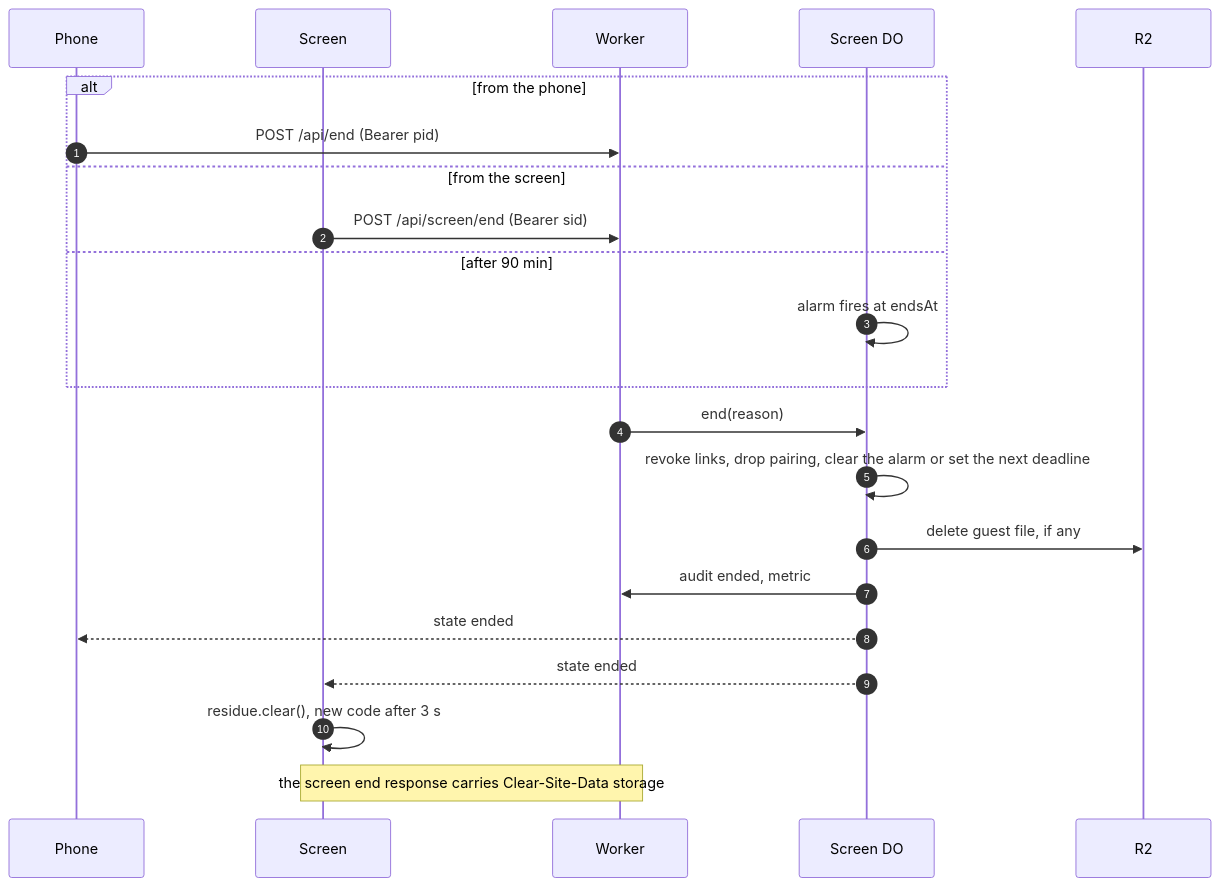
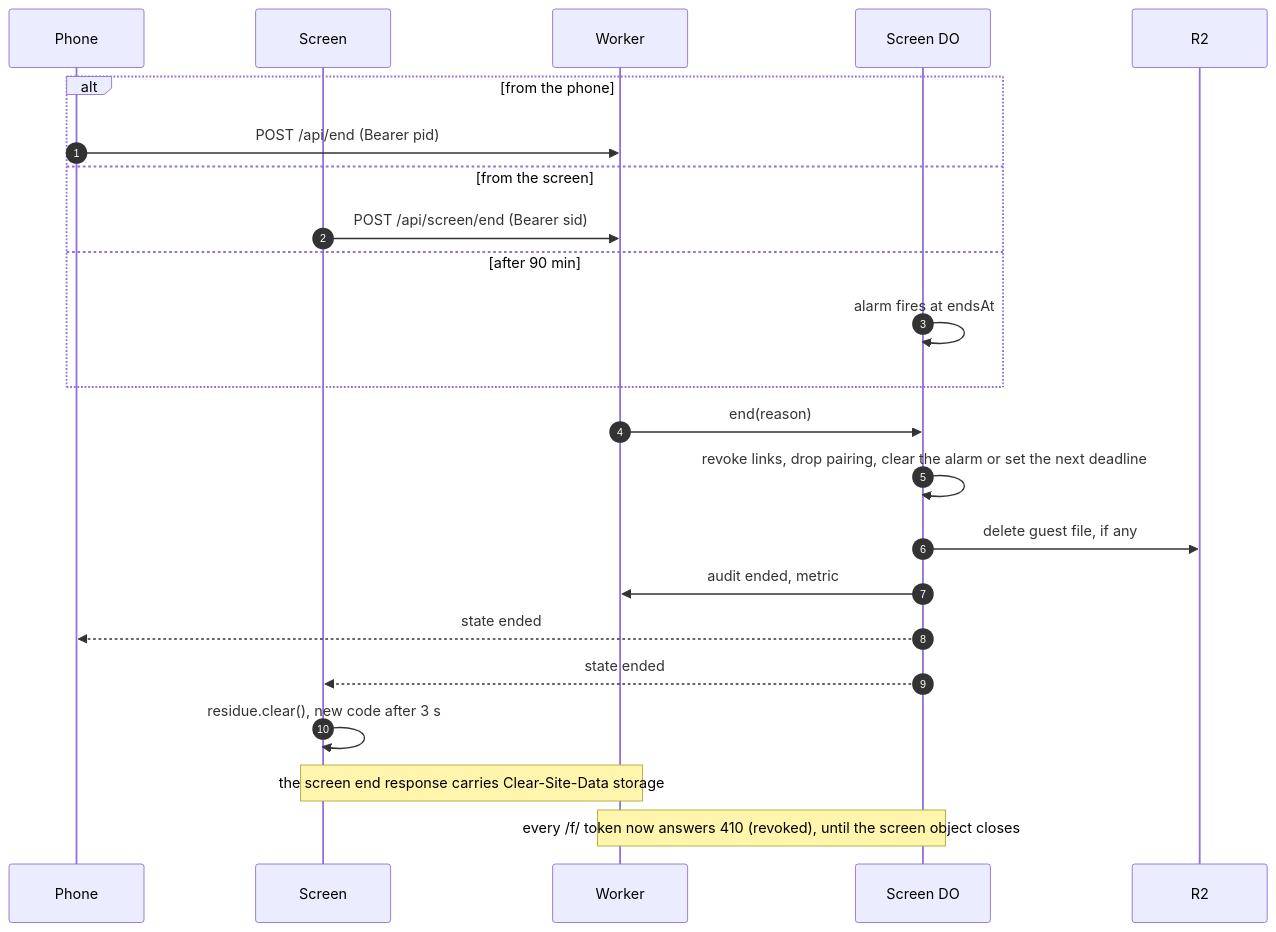
Before and after one commit to CyberSandwich/bloop: the fifth of 5 diagrams in docs/architecture.md, drawn with Mermaid. The commit also changed other lines of this file and 26 other files, not shown here.

````diff
--- a/docs/architecture.md
+++ b/docs/architecture.md
@@ -154,24 +156,25 @@
 ```mermaid
 sequenceDiagram
   autonumber
   participant P as Phone
   participant S as Screen
   participant W as Worker
   participant R as Screen DO
   participant B as R2
   alt from the phone
     P->>W: POST /api/end (Bearer pid)
   else from the screen
     S->>W: POST /api/screen/end (Bearer sid)
   else after 90 min
     R->>R: alarm fires at endsAt
   end
   W->>R: end(reason)
   R->>R: revoke links, drop pairing, clear the alarm or set the next deadline
   R->>B: delete guest file, if any
   R->>W: audit ended, metric
   R-->>P: state ended
   R-->>S: state ended
   S->>S: residue.clear(), new code after 3 s
   Note over W,S: the screen end response carries Clear-Site-Data storage
+  Note over W,R: every /f/ token now answers 410 (revoked), until the screen object closes
 ```
````
